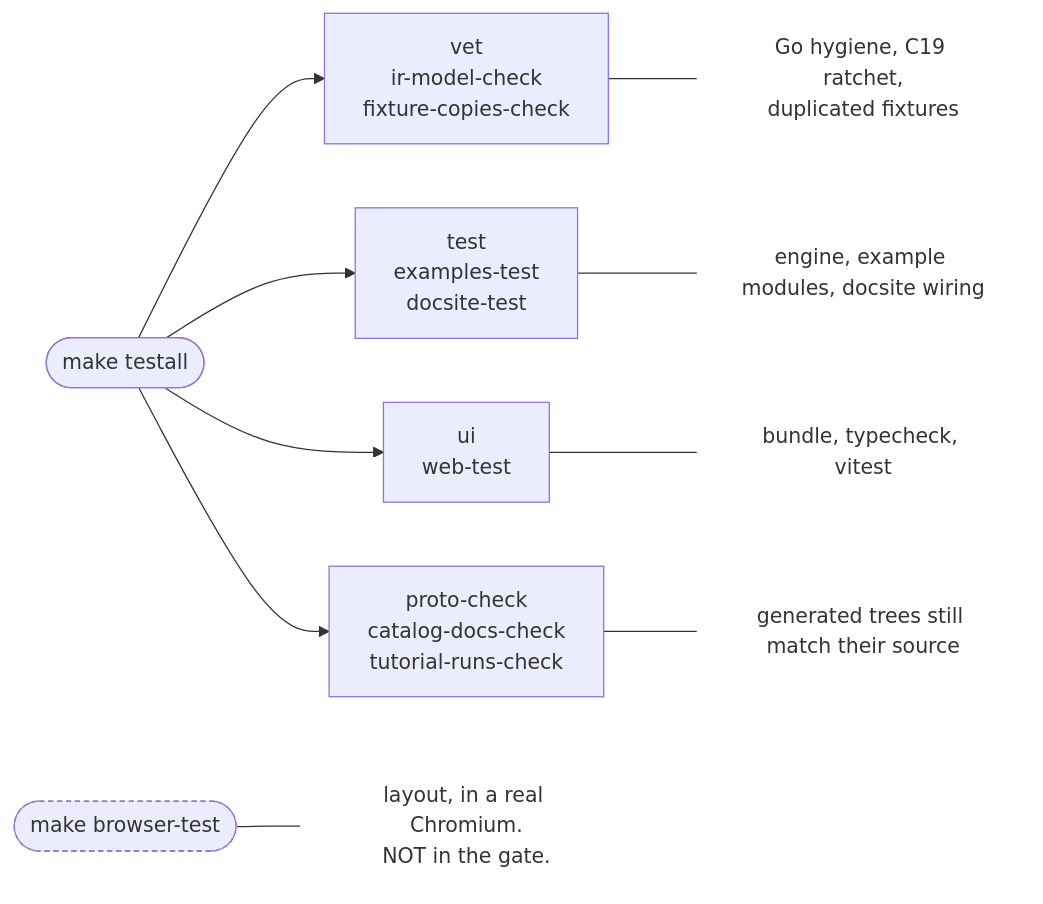
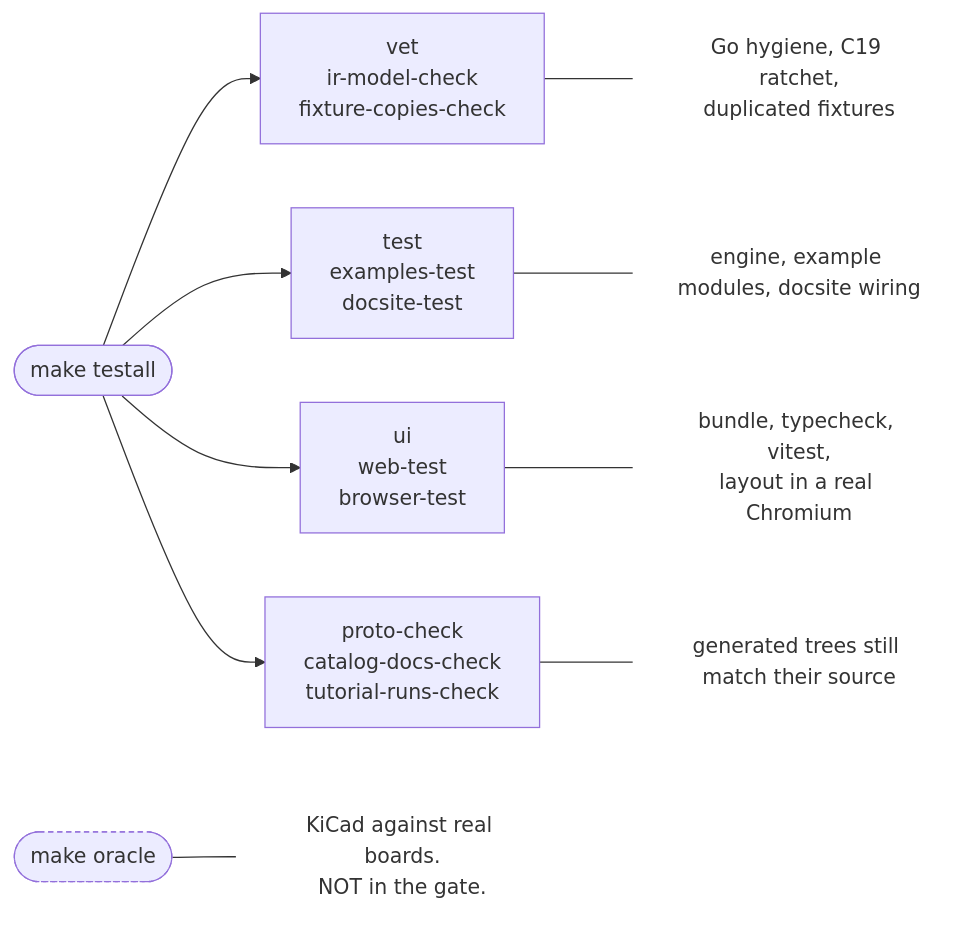
The first of 3 diagrams in docsite/content/build/the-gate.md (panyam/agni), drawn with Mermaid before and after one commit. The commit also changed other lines of this file and 8 other files, not shown here.

````diff
--- a/docsite/content/build/the-gate.md
+++ b/docsite/content/build/the-gate.md
@@ -8,17 +8,17 @@
 ```mermaid
 flowchart LR
     T(["make testall"])
     T --> V["vet<br/>ir-model-check<br/>fixture-copies-check"]
     T --> E["test<br/>examples-test<br/>docsite-test"]
-    T --> W["ui<br/>web-test"]
+    T --> W["ui<br/>web-test<br/>browser-test"]
     T --> G["proto-check<br/>catalog-docs-check<br/>tutorial-runs-check"]
     V --- Vn["Go hygiene, C19 ratchet,<br/>duplicated fixtures"]
     E --- En["engine, example modules, docsite wiring"]
-    W --- Wn["bundle, typecheck, vitest"]
+    W --- Wn["bundle, typecheck, vitest,<br/>layout in a real Chromium"]
     G --- Gn["generated trees still match their source"]
-    B(["make browser-test"]) --- Bn["layout, in a real Chromium.<br/>NOT in the gate."]
+    O(["make oracle"]) --- On["KiCad against real boards.<br/>NOT in the gate."]
     classDef note fill:none,stroke:none;
     classDef out stroke-dasharray: 4 3;
-    class Vn,En,Wn,Gn,Bn note;
-    class B,Bn out;
+    class Vn,En,Wn,Gn,On note;
+    class O,On out;
 ```
````
